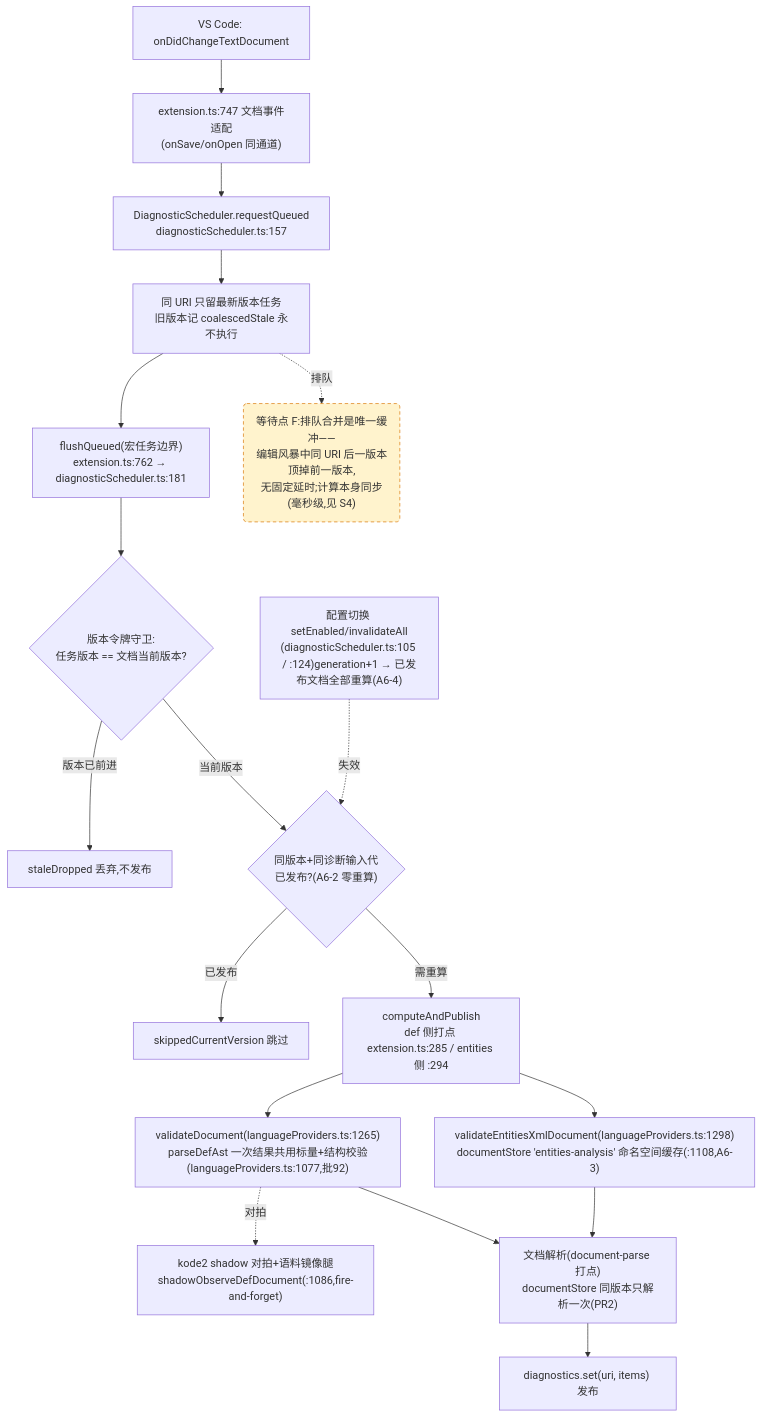
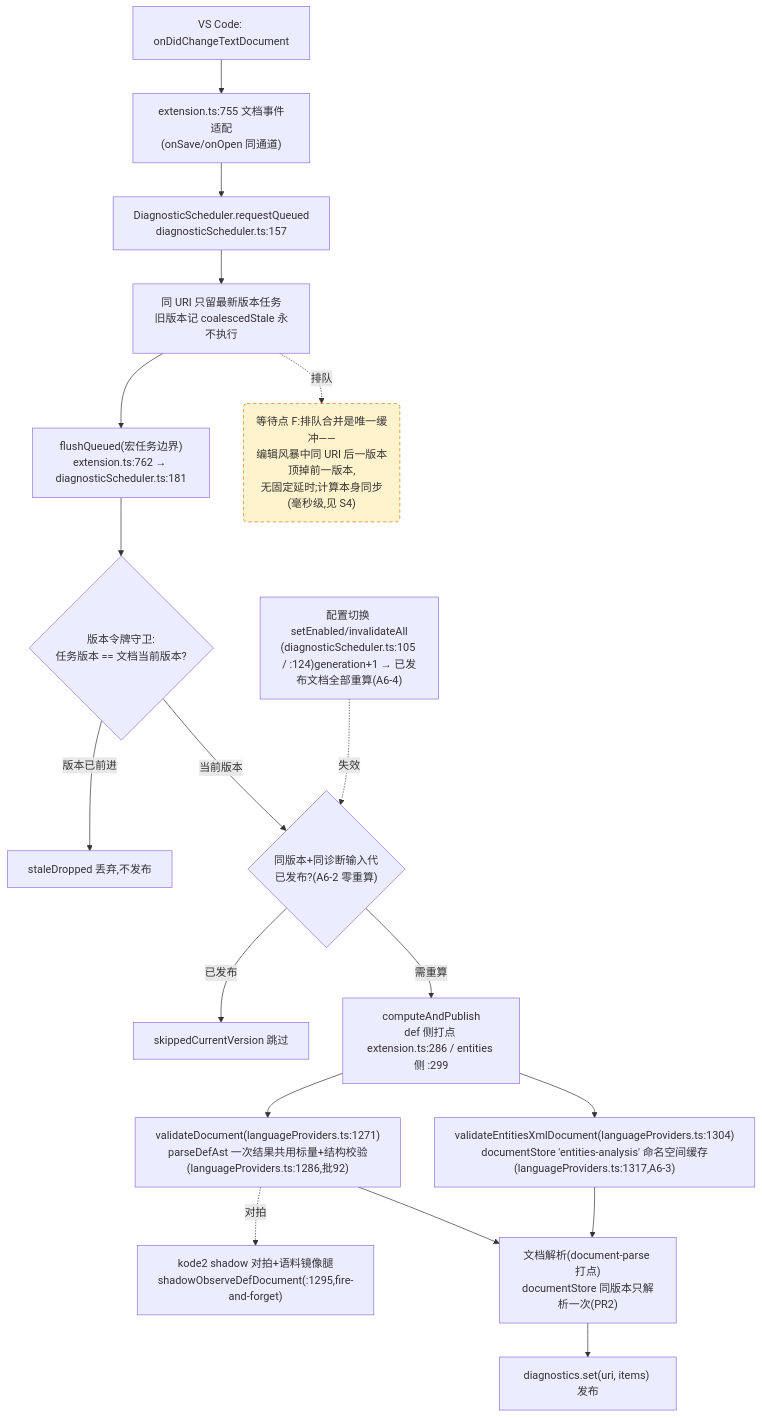
The fourth of 4 diagrams in docs/perf/2026-baseline.md (cuihairu/kode), drawn with Mermaid before and after one commit. The commit also changed other lines of this file and 1 other file, not shown here.

````diff
--- a/docs/perf/2026-baseline.md
+++ b/docs/perf/2026-baseline.md
@@ -212,38 +212,38 @@
 ```mermaid
 flowchart TD
   CHG["VS Code: onDidChangeTextDocument"]
-  WATCH["extension.ts:747 文档事件适配<br/>(onSave/onOpen 同通道)"]
+  WATCH["extension.ts:755 文档事件适配<br/>(onSave/onOpen 同通道)"]
   RQ["DiagnosticScheduler.requestQueued<br/>diagnosticScheduler.ts:157"]
   CO["同 URI 只留最新版本任务<br/>旧版本记 coalescedStale 永不执行"]
   FL["flushQueued(宏任务边界)<br/>extension.ts:762 → diagnosticScheduler.ts:181"]
   VG{"版本令牌守卫:<br/>任务版本 == 文档当前版本?"}
   DROP["staleDropped 丢弃,不发布"]
   GEN{"同版本+同诊断输入代<br/>已发布?(A6-2 零重算)"}
   SKIP["skippedCurrentVersion 跳过"]
-  CALC["computeAndPublish<br/>def 侧打点 extension.ts:285 / entities 侧 :294"]
-  VD["validateDocument(languageProviders.ts:1265)<br/>parseDefAst 一次结果共用标量+结构校验(languageProviders.ts:1077,批92)"]
-  VEX["validateEntitiesXmlDocument(languageProviders.ts:1298)<br/>documentStore 'entities-analysis' 命名空间缓存(:1108,A6-3)"]
-  SHDD["kode2 shadow 对拍+语料镜像腿<br/>shadowObserveDefDocument(:1086,fire-and-forget)"]
+  CALC["computeAndPublish<br/>def 侧打点 extension.ts:286 / entities 侧 :299"]
+  VD["validateDocument(languageProviders.ts:1271)<br/>parseDefAst 一次结果共用标量+结构校验(languageProviders.ts:1286,批92)"]
+  VEX["validateEntitiesXmlDocument(languageProviders.ts:1304)<br/>documentStore 'entities-analysis' 命名空间缓存(languageProviders.ts:1317,A6-3)"]
+  SHDD["kode2 shadow 对拍+语料镜像腿<br/>shadowObserveDefDocument(:1295,fire-and-forget)"]
   DS["文档解析(document-parse 打点)<br/>documentStore 同版本只解析一次(PR2)"]
   PUB["diagnostics.set(uri, items) 发布"]
   CFG2["配置切换 setEnabled/invalidateAll<br/>(diagnosticScheduler.ts:105 / :124)generation+1 → 已发布文档全部重算(A6-4)"]
 
   CHG --> WATCH --> RQ --> CO --> FL --> VG
   VG -- "版本已前进" --> DROP
   VG -- "当前版本" --> GEN
   GEN -- "已发布" --> SKIP
   GEN -- "需重算" --> CALC
   CALC --> VD
   CALC --> VEX
   VD --> DS
   VEX --> DS
   DS --> PUB
   VD -.->|对拍| SHDD
   CFG2 -.->|失效| GEN
 
   WAITF("等待点 F:排队合并是唯一缓冲——<br/>编辑风暴中同 URI 后一版本顶掉前一版本,<br/>无固定延时;计算本身同步(毫秒级,见 S4)")
   CO -.->|排队| WAITF
 
   classDef waitPoint fill:#fff3cd,stroke:#d97706,stroke-dasharray:5 4;
   class WAITF waitPoint;
 ```
````
